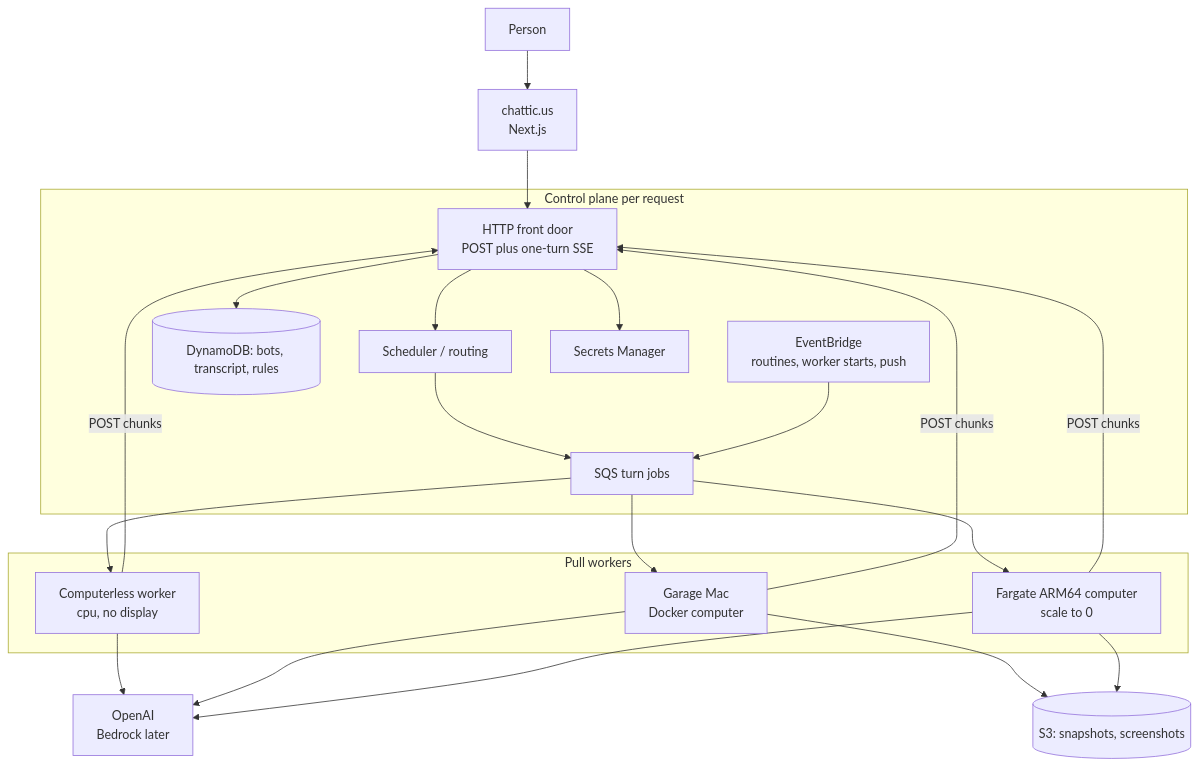
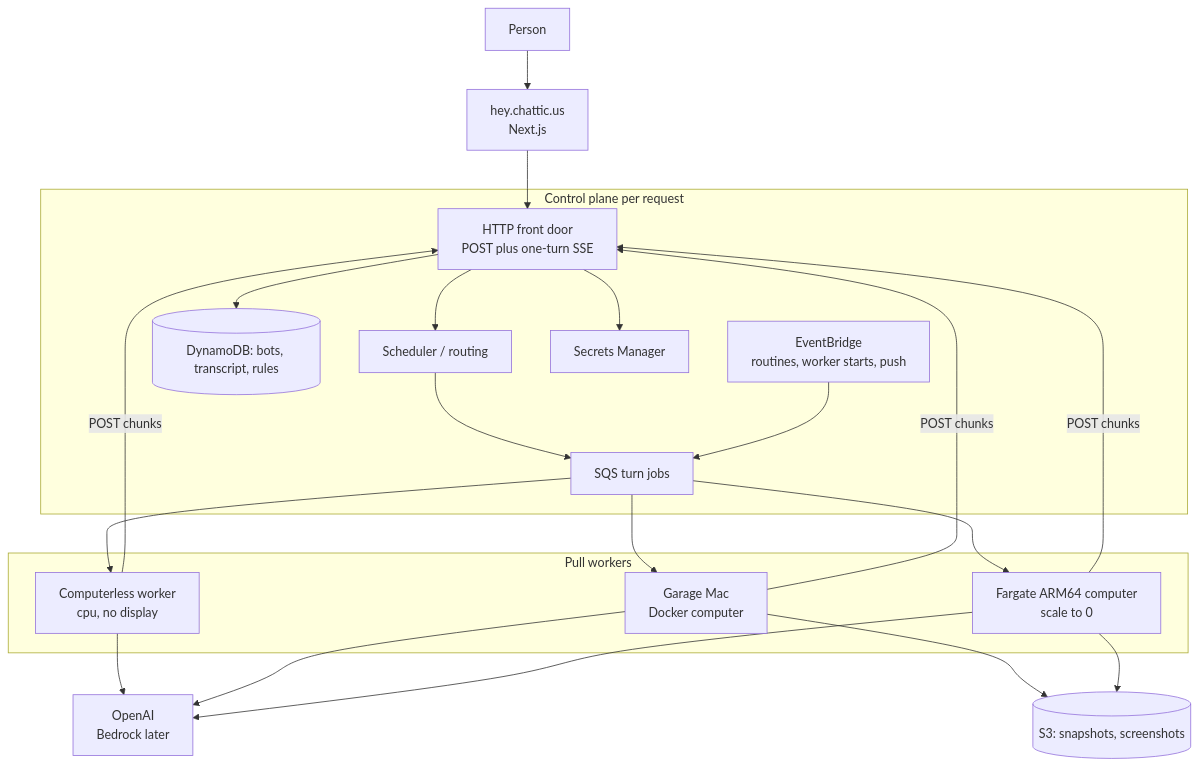
Before and after one commit to AnthusAI/Chattic.us: the third of 3 diagrams in README.md, drawn with Mermaid. The commit also changed other lines of this file and 14 other files, not shown here.

First line of the commit message:
feat(infra): serve production web app at hey.chattic.us (f570b9)

````diff
--- a/README.md
+++ b/README.md
@@ -359,41 +361,41 @@
 ```mermaid
 flowchart TB
   Person["Person"]
-  Web["chattic.us<br/>Next.js"]
+  Web["hey.chattic.us<br/>Next.js"]
 
   subgraph control [Control plane per request]
     FD["HTTP front door<br/>POST plus one-turn SSE"]
     Sched["Scheduler / routing"]
     DDB[("DynamoDB: bots, transcript, rules")]
     SQS["SQS turn jobs"]
     EB["EventBridge<br/>routines, worker starts, push"]
     SM["Secrets Manager"]
   end
 
   subgraph workers [Pull workers]
     CL["Computerless worker<br/>cpu, no display"]
     Local["Garage Mac<br/>Docker computer"]
     Far["Fargate ARM64 computer<br/>scale to 0"]
   end
 
   S3[("S3: snapshots, screenshots")]
   LLM["OpenAI<br/>Bedrock later"]
 
   Person --> Web --> FD
   FD --> DDB
   FD --> Sched
   Sched --> SQS
   EB --> SQS
   SQS --> CL
   SQS --> Local
   SQS --> Far
   CL --> LLM
   Local --> LLM
   Far --> LLM
   CL -->|"POST chunks"| FD
   Local -->|"POST chunks"| FD
   Far -->|"POST chunks"| FD
   Local --> S3
   Far --> S3
   FD --> SM
 ```
````
